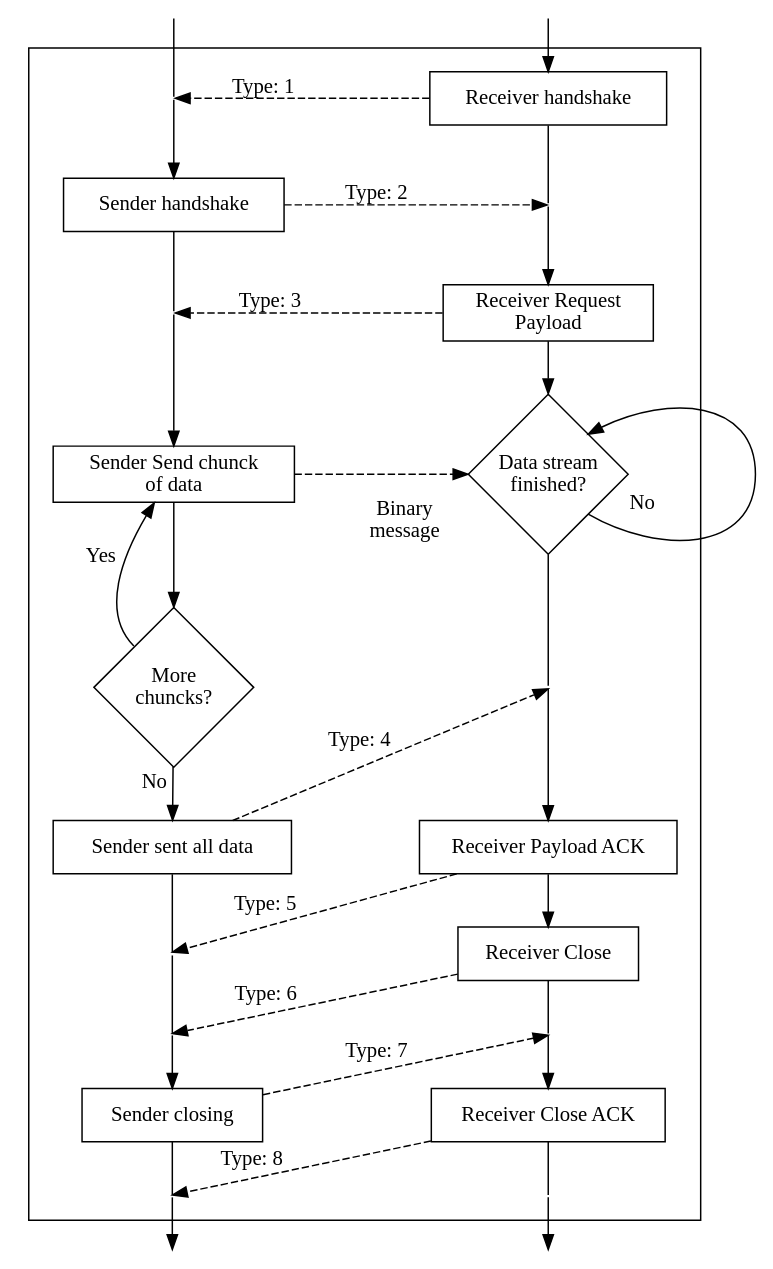
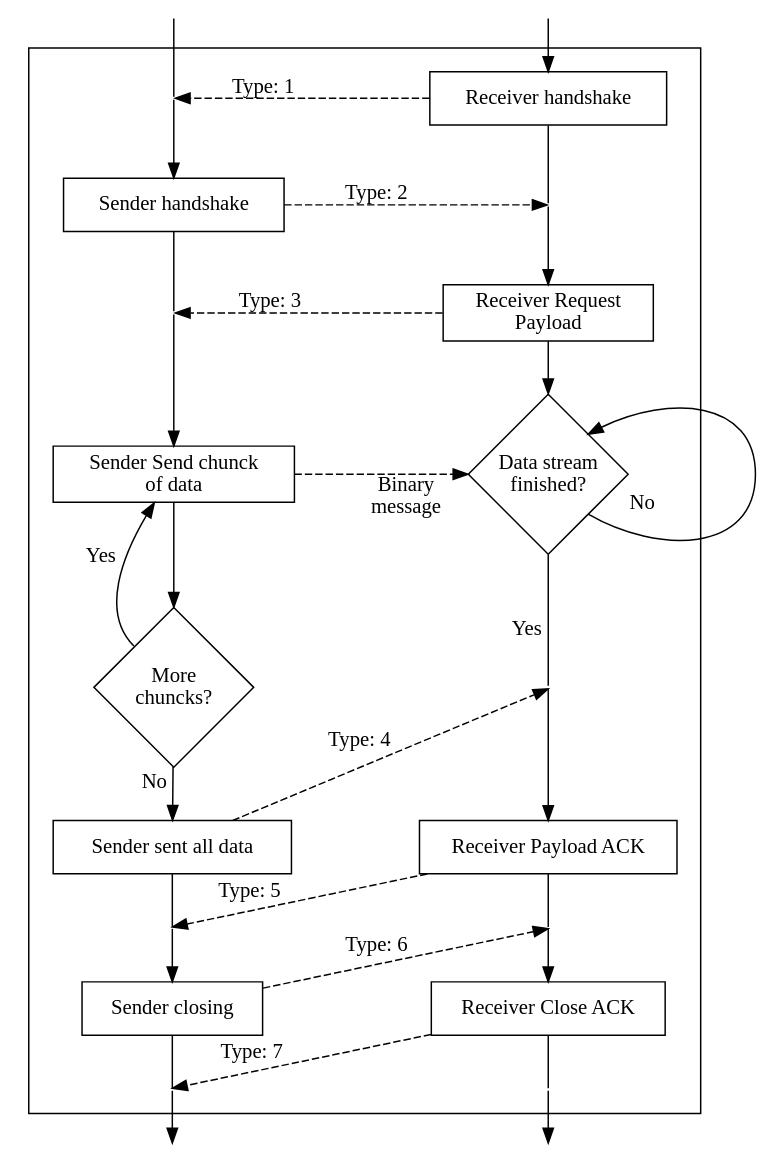
One commit to SpatiumPortae/portal changed the diagram in assets/transfer-state.dot. Above: the diagram before and after it, drawn with Graphviz. The commit also changed 2 other files, not shown here.

```diff
--- a/assets/transfer-state.dot
+++ b/assets/transfer-state.dot
@@ -1,72 +1,70 @@
 digraph G {
   rankdir=TD
   rank=same
   nodesep=1.2
   subgraph cluster_container {
     subgraph cluster_sender_state {
         node[shape=box]
         SenderHandshake [label="Sender handshake"] 
         SenderSendChunck [label="Sender Send chunck\nof data"]
         SenderSentPayload [label="Sender sent all data"]
         SenderClosing [label="Sender closing"]
 
         node[shape=diamond, width=1.5, height=1.5, fixedsize=true]
         SenderStream [label="More\nchuncks?"]
 
         node[label="",shape=none, width=0, height=0, fixedsize=false]
         s1 -> SenderHandshake
         SenderHandshake -> s2 [arrowhead=none]
         s2 -> SenderSendChunck -> SenderStream
         SenderStream -> SenderSentPayload [xlabel="No "]
-        SenderSentPayload -> s3 -> s4 [arrowhead=none]
-        s4 -> SenderClosing 
-        SenderClosing -> s5 [arrowhead=none]
+        SenderSentPayload -> s3 [arrowhead=none]
+        s3 -> SenderClosing 
+        SenderClosing -> s4 [arrowhead=none]
 
         SenderStream:nw -> SenderSendChunck[xlabel="Yes "]
         peripheries=0
 
       }
       subgraph cluster_receiver_state {
         node[shape=box]
         ReceiverHandshake [label="Receiver handshake"]
         ReceiverRequestPayload [label= "Receiver Request\nPayload"]
         ReceiverPayloadACK [label="Receiver Payload ACK"]
-        ReceiverClosing [label="Receiver Close"]
         ReceiverClosingACK [label= "Receiver Close ACK"]
 
         node[shape=diamond, width=1.5, height=1.5, fixedsize=true]
         ReceiverStream [label="Data stream\nfinished?"]
 
         node[label="",shape=none, width=0, height=0, fixedsize=false]
         ReceiverHandshake -> r1 [arrowhead=none]
         r1 -> ReceiverRequestPayload -> ReceiverStream
-        ReceiverStream -> r2 [arrowhead=none]
-        r2 -> ReceiverPayloadACK -> ReceiverClosing
-        ReceiverClosing -> r3 [arrowhead=none]
+        ReceiverStream -> r2 [arrowhead=none, xlabel="Yes "]
+        r2 -> ReceiverPayloadACK 
+        ReceiverPayloadACK -> r3 [arrowhead=none]
         r3 -> ReceiverClosingACK
         ReceiverClosingACK -> r4 [arrowhead=none]
 
         ReceiverStream:se -> ReceiverStream:ne [xlabel="       No"]
         peripheries=0
       }
       edge[style=dashed, constraint=false]
       ReceiverHandshake -> s1 [xlabel="Type: 1"]
       SenderHandshake -> r1 [xlabel="Type: 2"]
       ReceiverRequestPayload -> s2 [xlabel="Type: 3"]
-      SenderSendChunck -> ReceiverStream [xlabel= "\nBinary\nmessage"]
+      SenderSendChunck -> ReceiverStream [xlabel= "Binary\n message"]
       SenderSentPayload -> r2 [xlabel="Type: 4"]
       ReceiverPayloadACK -> s3 [xlabel="Type: 5"]
-      ReceiverClosing -> s4 [xlabel="Type: 6"]
-      SenderClosing -> r3 [xlabel="Type: 7"]
-      ReceiverClosingACK -> s5 [xlabel="Type: 8"]
+      SenderClosing -> r3 [xlabel="Type: 6"]
+      ReceiverClosingACK -> s4 [xlabel="Type: 7"]
     }
 
     node[label="",shape=none, width=0, height=0, fixedsize=false]
 
     s0 -> s1 [arrowhead=none]
-    s5 -> s6
+    s4 -> s5
     r0 -> ReceiverHandshake
     r4 -> r5
 
 
   }
```
